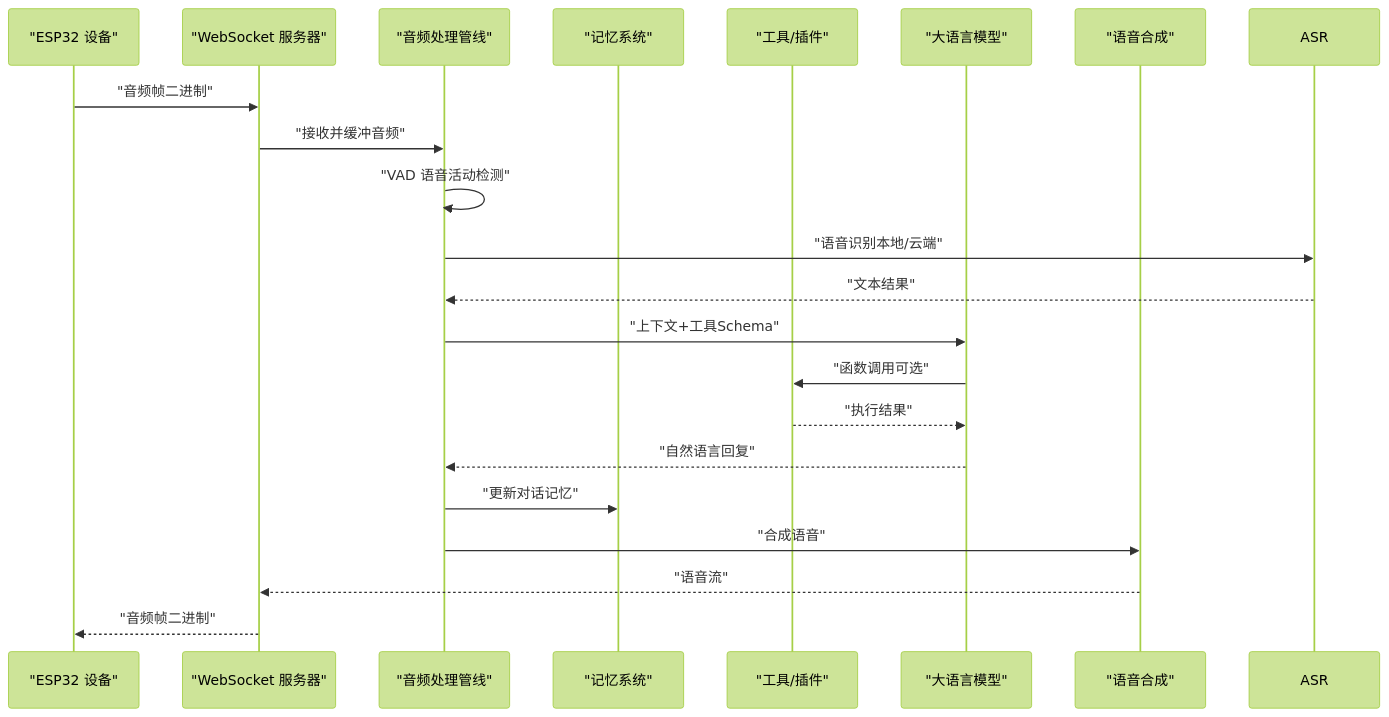
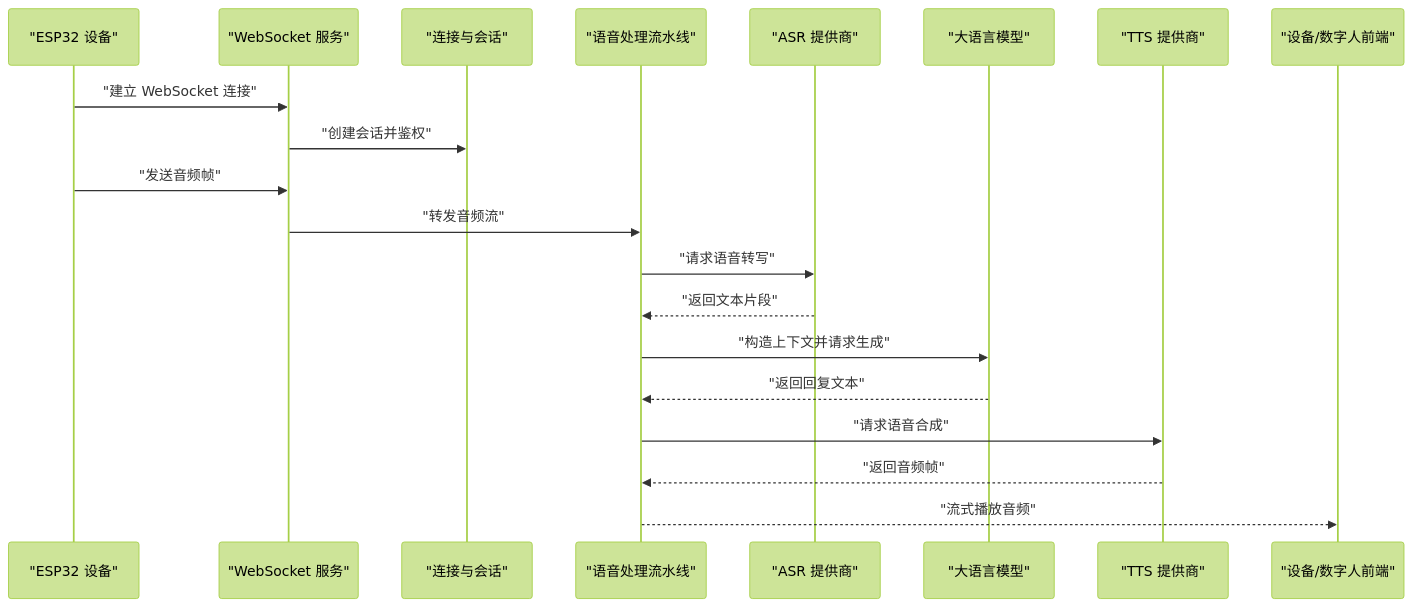
Before and after one commit to haixinke/xiaozhi-esp32-server: the second of 4 diagrams in .qoder/repowiki/zh/content/项目概述/项目介绍.md, drawn with Mermaid (forest theme). The commit also changed other lines of this file and 557 other files, not shown here.

````diff
--- a/.qoder/repowiki/zh/content/项目概述/项目介绍.md
+++ b/.qoder/repowiki/zh/content/项目概述/项目介绍.md
@@ -123,23 +152,22 @@
 ```mermaid
 sequenceDiagram
 participant Dev as "ESP32 设备"
-participant WS as "WebSocket 服务器"
-participant Proc as "音频处理管线"
-participant Mem as "记忆系统"
-participant Tool as "工具/插件"
+participant WS as "WebSocket 服务"
+participant Conn as "连接与会话"
+participant Pipe as "语音处理流水线"
+participant ASR as "ASR 提供商"
 participant LLM as "大语言模型"
-participant TTS as "语音合成"
-Dev->>WS : "音频帧二进制"
-WS->>Proc : "接收并缓冲音频"
-Proc->>Proc : "VAD 语音活动检测"
-Proc->>ASR : "语音识别本地/云端"
-ASR-->>Proc : "文本结果"
-Proc->>LLM : "上下文+工具Schema"
-LLM->>Tool : "函数调用可选"
-Tool-->>LLM : "执行结果"
-LLM-->>Proc : "自然语言回复"
-Proc->>Mem : "更新对话记忆"
-Proc->>TTS : "合成语音"
-TTS-->>WS : "语音流"
-WS-->>Dev : "音频帧二进制"
+participant TTS as "TTS 提供商"
+participant Client as "设备/数字人前端"
+Dev->>WS : "建立 WebSocket 连接"
+WS->>Conn : "创建会话并鉴权"
+Dev->>WS : "发送音频帧"
+WS->>Pipe : "转发音频流"
+Pipe->>ASR : "请求语音转写"
+ASR-->>Pipe : "返回文本片段"
+Pipe->>LLM : "构造上下文并请求生成"
+LLM-->>Pipe : "返回回复文本"
+Pipe->>TTS : "请求语音合成"
+TTS-->>Pipe : "返回音频帧"
+Pipe-->>Client : "流式播放音频"
 ```
````
